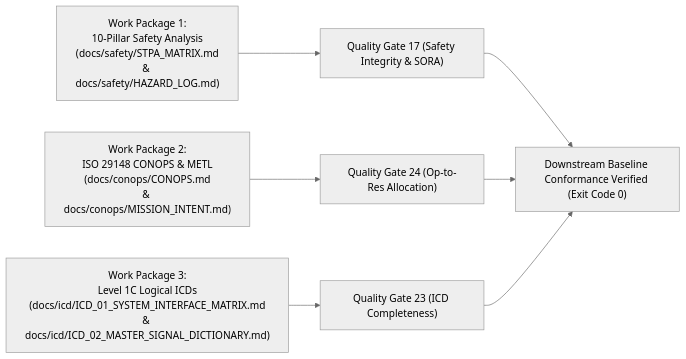
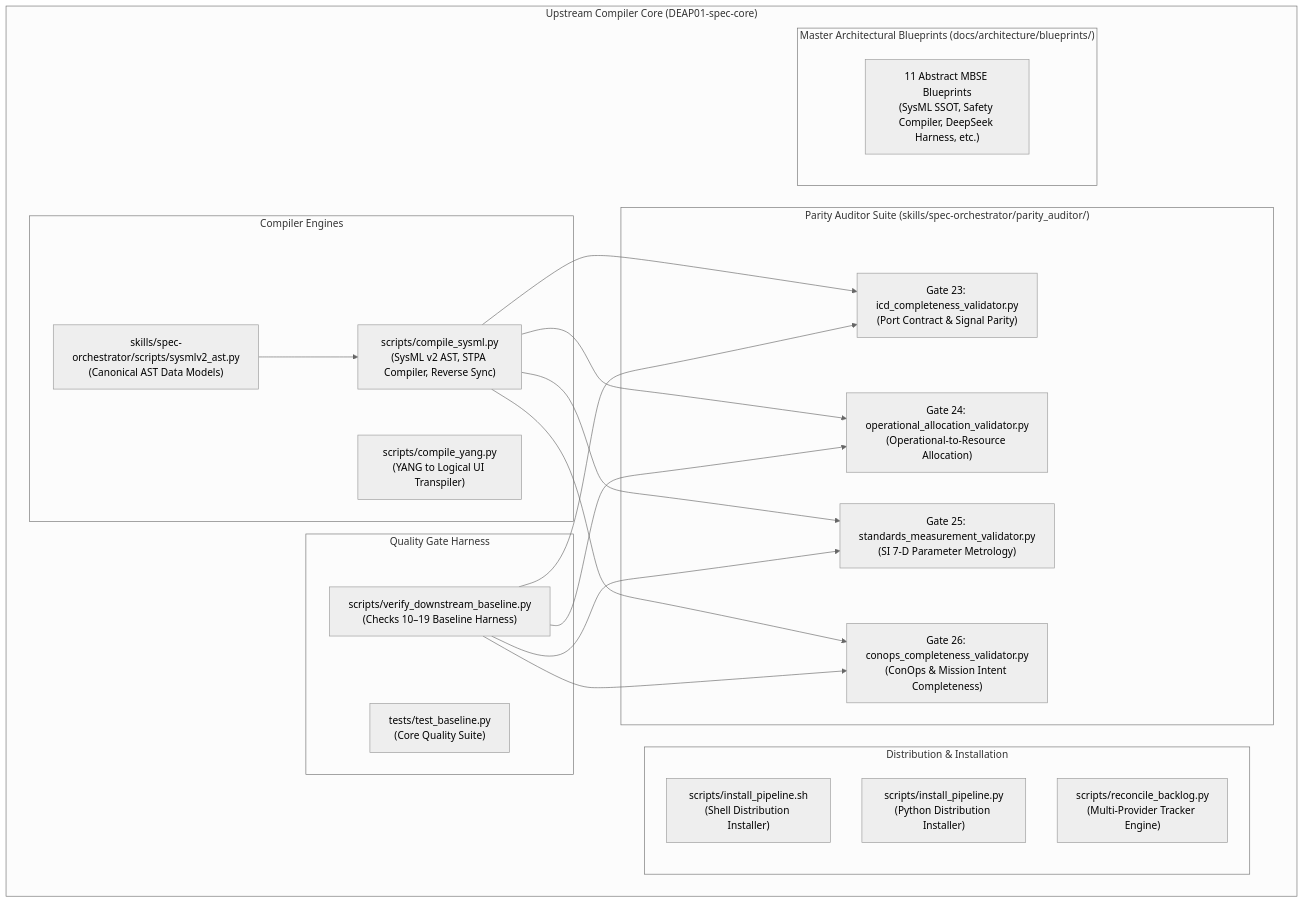
The third of 5 diagrams in docs/architecture/MASTER_OPENCODE_AGENT_HANDOVER.md (gintatkinson/DEAP01-spec-core), drawn with Mermaid (neutral theme) before and after one commit. The commit also changed other lines of this file, not shown here.

Commit message:
docs(architecture): rewrite master handover to 100% upstream DEAP01-spec-core compiler scope

````diff
--- a/docs/architecture/MASTER_OPENCODE_AGENT_HANDOVER.md
+++ b/docs/architecture/MASTER_OPENCODE_AGENT_HANDOVER.md
@@ -172,12 +130,42 @@
 ```mermaid
-flowchart LR
-    WP1["Work Package 1:\n10-Pillar Safety Analysis\n(docs/safety/STPA_MATRIX.md\n& docs/safety/HAZARD_LOG.md)"]
-    WP2["Work Package 2:\nISO 29148 CONOPS & METL\n(docs/conops/CONOPS.md\n& docs/conops/MISSION_INTENT.md)"]
-    WP3["Work Package 3:\nLevel 1C Logical ICDs\n(docs/icd/ICD_01_SYSTEM_INTERFACE_MATRIX.md\n& docs/icd/ICD_02_MASTER_SIGNAL_DICTIONARY.md)"]
+graph TD
+    subgraph "Upstream Compiler Core (DEAP01-spec-core)"
+        subgraph "Compiler Engines"
+            C1["scripts/compile_sysml.py\n(SysML v2 AST, STPA Compiler, Reverse Sync)"]
+            C2["scripts/compile_yang.py\n(YANG to Logical UI Transpiler)"]
+            C3["skills/spec-orchestrator/scripts/sysmlv2_ast.py\n(Canonical AST Data Models)"]
+        end
 
-    WP1 --> V1["Quality Gate 17 (Safety Integrity & SORA)"]
-    WP2 --> V2["Quality Gate 24 (Op-to-Res Allocation)"]
-    WP3 --> V3["Quality Gate 23 (ICD Completeness)"]
+        subgraph "Quality Gate Harness"
+            Q1["scripts/verify_downstream_baseline.py\n(Checks 10–19 Baseline Harness)"]
+            Q2["tests/test_baseline.py\n(Core Quality Suite)"]
+        end
 
-    V1 & V2 & V3 --> PASS["Downstream Baseline Conformance Verified (Exit Code 0)"]
+        subgraph "Parity Auditor Suite (skills/spec-orchestrator/parity_auditor/)"
+            G23["Gate 23: icd_completeness_validator.py\n(Port Contract & Signal Parity)"]
+            G24["Gate 24: operational_allocation_validator.py\n(Operational-to-Resource Allocation)"]
+            G25["Gate 25: standards_measurement_validator.py\n(SI 7-D Parameter Metrology)"]
+            G26["Gate 26: conops_completeness_validator.py\n(ConOps & Mission Intent Completeness)"]
+        end
+
+        subgraph "Distribution & Installation"
+            I1["scripts/install_pipeline.sh\n(Shell Distribution Installer)"]
+            I2["scripts/install_pipeline.py\n(Python Distribution Installer)"]
+            I3["scripts/reconcile_backlog.py\n(Multi-Provider Tracker Engine)"]
+        end
+
+        subgraph "Master Architectural Blueprints (docs/architecture/blueprints/)"
+            BP["11 Abstract MBSE Blueprints\n(SysML SSOT, Safety Compiler, DeepSeek Harness, etc.)"]
+        end
+    end
+
+    C3 --> C1
+    C1 --> G23
+    C1 --> G24
+    C1 --> G25
+    C1 --> G26
+    Q1 --> G23
+    Q1 --> G24
+    Q1 --> G25
+    Q1 --> G26
 ```
````
